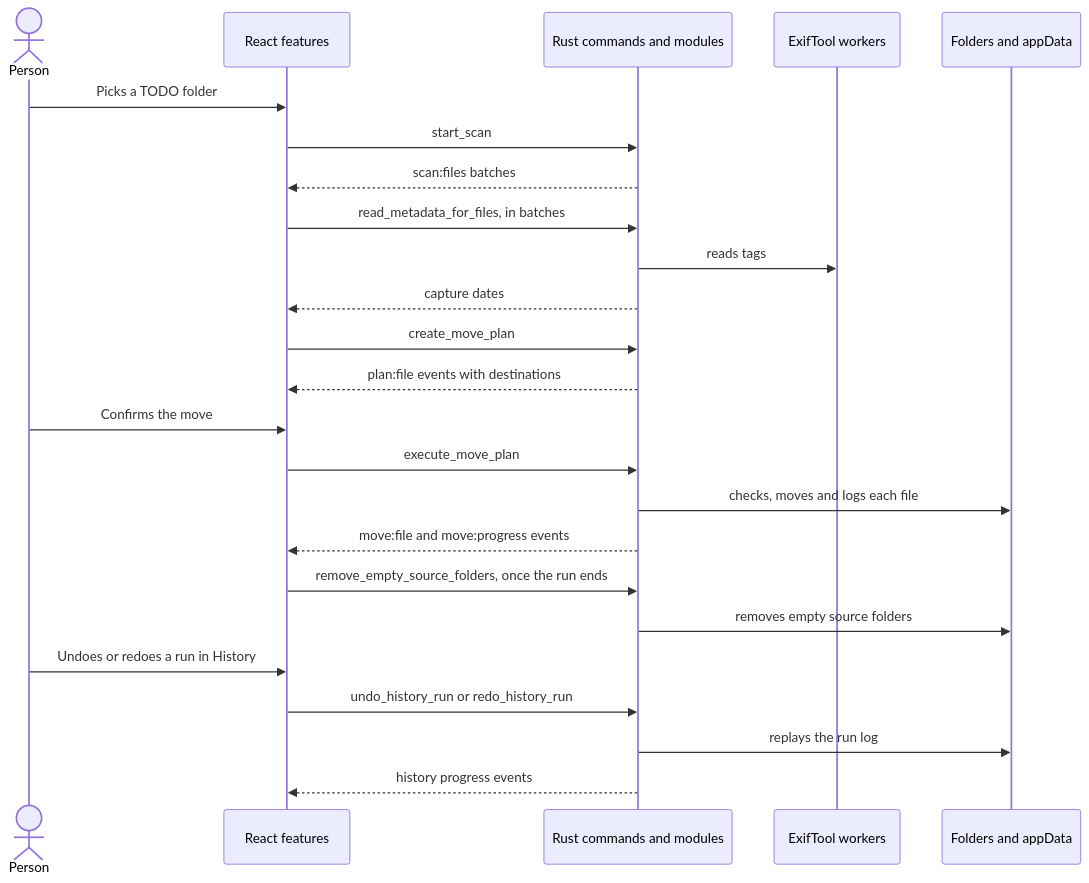
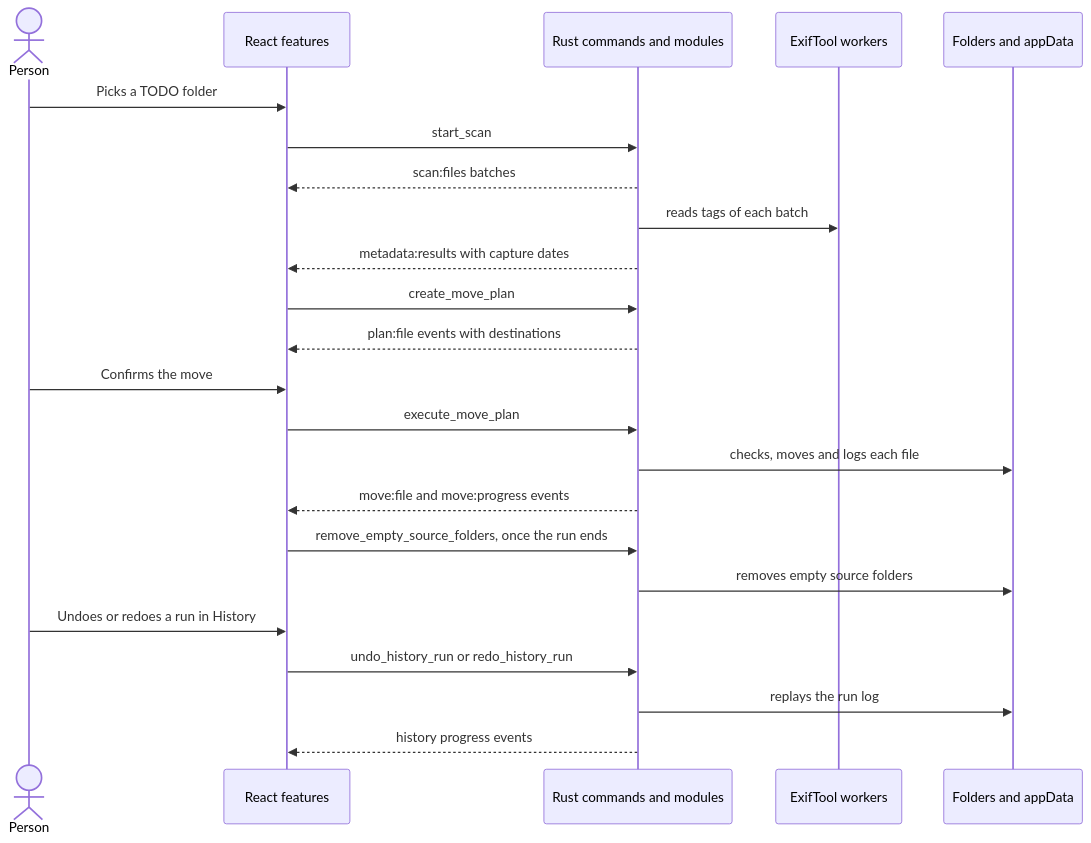
One commit to oleg-chibikov/media-organizer changed the second of 3 diagrams in docs/architecture.md. Above: the diagram before and after it, drawn with Mermaid. The commit also changed other lines of this file and 45 other files, not shown here.

First line of the commit message:
feat: read capture dates in Rust while the scan runs

````diff
--- a/docs/architecture.md
+++ b/docs/architecture.md
@@ -36,26 +36,25 @@
 ```mermaid
 sequenceDiagram
   actor Person
   participant UI as React features
   participant Rust as Rust commands and modules
   participant Exif as ExifTool workers
   participant Disk as Folders and appData
   Person->>UI: Picks a TODO folder
   UI->>Rust: start_scan
   Rust-->>UI: scan:files batches
-  UI->>Rust: read_metadata_for_files, in batches
-  Rust->>Exif: reads tags
-  Rust-->>UI: capture dates
+  Rust->>Exif: reads tags of each batch
+  Rust-->>UI: metadata:results with capture dates
   UI->>Rust: create_move_plan
   Rust-->>UI: plan:file events with destinations
   Person->>UI: Confirms the move
   UI->>Rust: execute_move_plan
   Rust->>Disk: checks, moves and logs each file
   Rust-->>UI: move:file and move:progress events
   UI->>Rust: remove_empty_source_folders, once the run ends
   Rust->>Disk: removes empty source folders
   Person->>UI: Undoes or redoes a run in History
   UI->>Rust: undo_history_run or redo_history_run
   Rust->>Disk: replays the run log
   Rust-->>UI: history progress events
 ```
````
